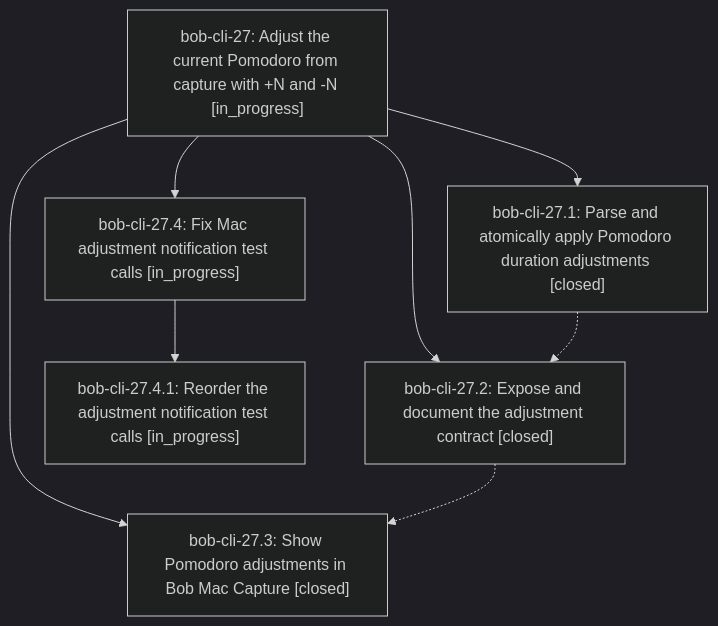
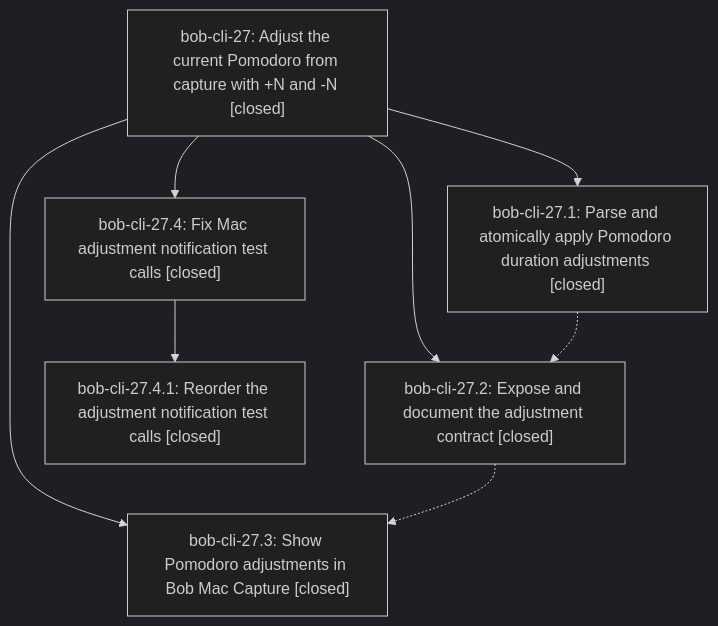
One commit to bobs-org/bob-cli--beads changed the diagram in pages/bob-cli-27/README.md. Above: the diagram before and after it, drawn with Mermaid (dark theme). The commit also changed other lines of this file and 2 other files, not shown here.

First line of the commit message:
chore(beads): sync bead state and pages for bob-cli-27

````diff
--- a/pages/bob-cli-27/README.md
+++ b/pages/bob-cli-27/README.md
@@ -28,16 +30,16 @@
 ```mermaid
 flowchart TD
-    n0["bob-cli-27: Adjust the current Pomodoro from capture with +N and -N [in_progress]"]
+    n0["bob-cli-27: Adjust the current Pomodoro from capture with +N and -N [closed]"]
     n1["bob-cli-27.1: Parse and atomically apply Pomodoro duration adjustments [closed]"]
     n2["bob-cli-27.2: Expose and document the adjustment contract [closed]"]
     n3["bob-cli-27.3: Show Pomodoro adjustments in Bob Mac Capture [closed]"]
-    n4["bob-cli-27.4: Fix Mac adjustment notification test calls [in_progress]"]
-    n5["bob-cli-27.4.1: Reorder the adjustment notification test calls [in_progress]"]
+    n4["bob-cli-27.4: Fix Mac adjustment notification test calls [closed]"]
+    n5["bob-cli-27.4.1: Reorder the adjustment notification test calls [closed]"]
     n0 --> n1
     n0 --> n2
     n0 --> n3
     n0 --> n4
     n4 --> n5
     n1 -.-> n2
     n2 -.-> n3
 ```
````
